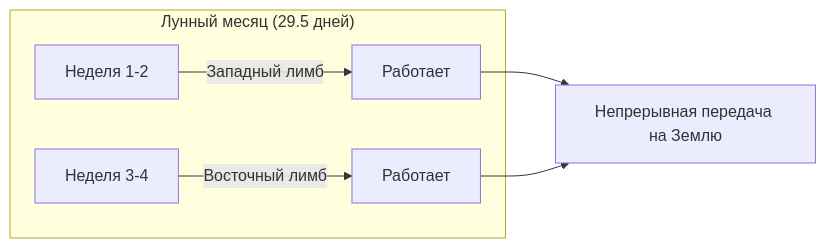
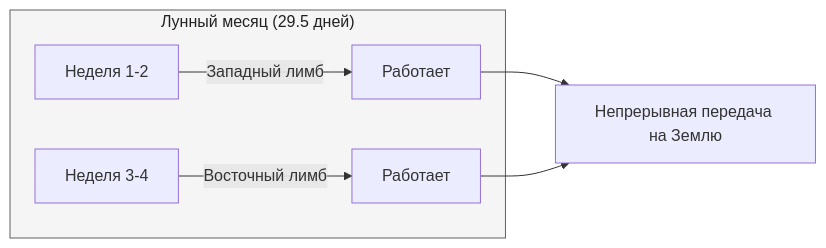
Before and after one commit to DmitryNasikanov/infinite-energy: the second of 4 diagrams in ru/science/hub.qmd, drawn with Mermaid. The commit also changed other lines of this file, not shown here.

First line of the commit message:
Science: исправлены цвета диаграмм в hub.qmd

````diff
--- a/ru/science/hub.qmd
+++ b/ru/science/hub.qmd
@@ -45,9 +45,11 @@
 ```{mermaid}
 flowchart LR
     subgraph cycle["Лунный месяц (29.5 дней)"]
         A["Неделя 1-2"] -->|Западный лимб| B["Работает"]
         C["Неделя 3-4"] -->|Восточный лимб| D["Работает"]
     end
     B --> E["Непрерывная передача на Землю"]
     D --> E
+
+    style cycle fill:#F5F5F5,stroke:#616161,color:#212121
 ```
````
